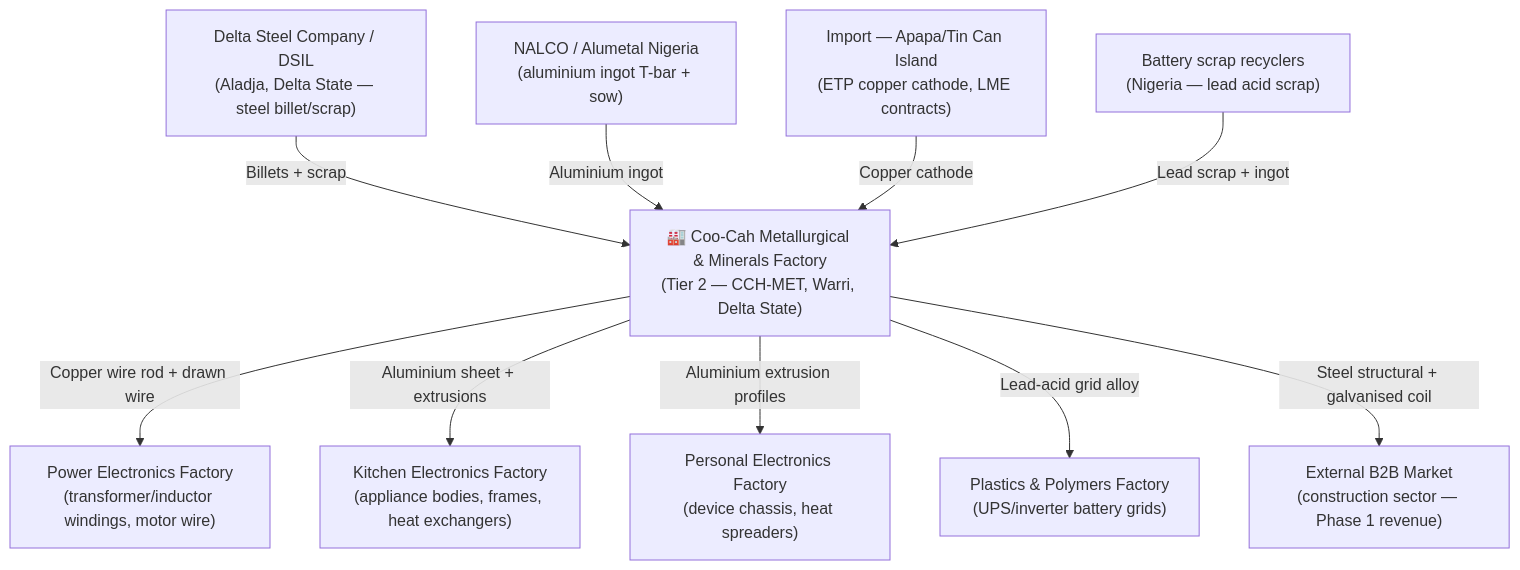
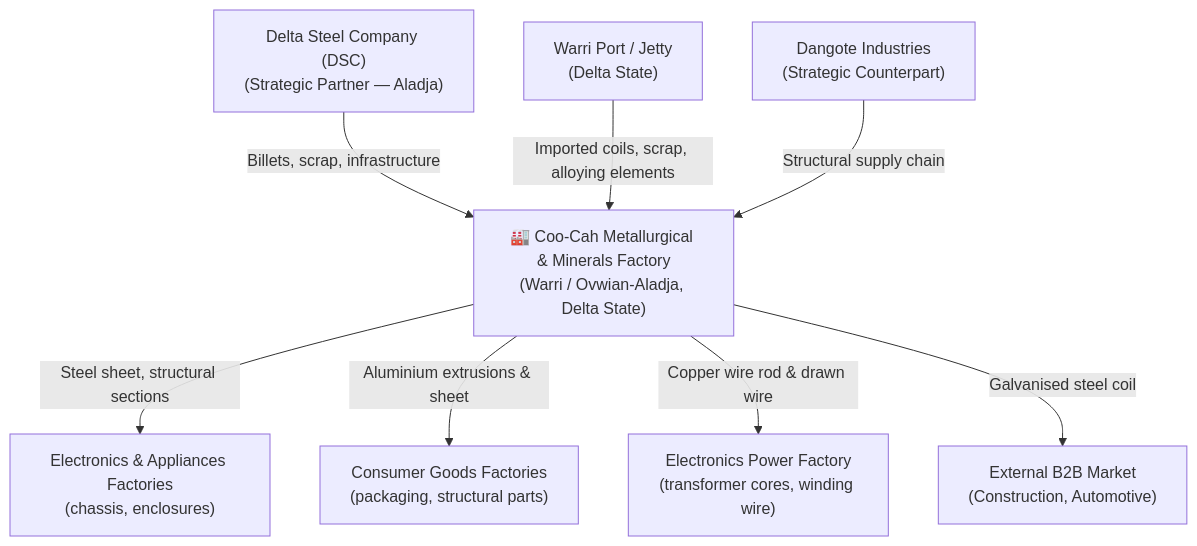
Before and after one commit to oumar-code/coo-cah-factory-chemicals-metallurgical: the diagram in README.md, drawn with Mermaid. The commit also changed other lines of this file, not shown here.

````diff
--- a/README.md
+++ b/README.md
@@ -61,15 +44,13 @@
 ```mermaid
 graph TD
-    MF["🏭 Coo-Cah Metallurgical & Minerals Factory<br>(Tier 2 — CCH-MET, Warri, Delta State)"]
+    MF["🏭 Coo-Cah Metallurgical & Minerals Factory<br/>(Warri / Ovwian-Aladja, Delta State)"]
 
-    MF -->|Copper wire rod + drawn wire| PWR["Power Electronics Factory<br>(transformer/inductor windings, motor wire)"]
-    MF -->|Aluminium sheet + extrusions| KIT["Kitchen Electronics Factory<br>(appliance bodies, frames, heat exchangers)"]
-    MF -->|Aluminium extrusion profiles| PER["Personal Electronics Factory<br>(device chassis, heat spreaders)"]
-    MF -->|Lead-acid grid alloy| PLS["Plastics & Polymers Factory<br>(UPS/inverter battery grids)"]
-    MF -->|Steel structural + galvanised coil| EXT["External B2B Market<br>(construction sector — Phase 1 revenue)"]
+    MF -->|Steel sheet, structural sections| EL["Electronics & Appliances Factories<br/>(chassis, enclosures)"]
+    MF -->|Aluminium extrusions & sheet| CG["Consumer Goods Factories<br/>(packaging, structural parts)"]
+    MF -->|Copper wire rod & drawn wire| PWR["Electronics Power Factory<br/>(transformer cores, winding wire)"]
+    MF -->|Galvanised steel coil| EX["External B2B Market<br/>(Construction, Automotive)"]
 
-    DSC["Delta Steel Company / DSIL<br>(Aladja, Delta State — steel billet/scrap)"] -->|Billets + scrap| MF
-    NALCO["NALCO / Alumetal Nigeria<br>(aluminium ingot T-bar + sow)"] -->|Aluminium ingot| MF
-    LME["Import — Apapa/Tin Can Island<br>(ETP copper cathode, LME contracts)"] -->|Copper cathode| MF
-    LEAD["Battery scrap recyclers<br>(Nigeria — lead acid scrap)"] -->|Lead scrap + ingot| MF
+    DSCO["Delta Steel Company (DSC)<br/>(Strategic Partner — Aladja)"] -->|Billets, scrap, infrastructure| MF
+    WARRI["Warri Port / Jetty<br/>(Delta State)"] -->|Imported coils, scrap, alloying elements| MF
+    DANGOTE["Dangote Industries<br/>(Strategic Counterpart)"] -->|Structural supply chain| MF
 ```
````
